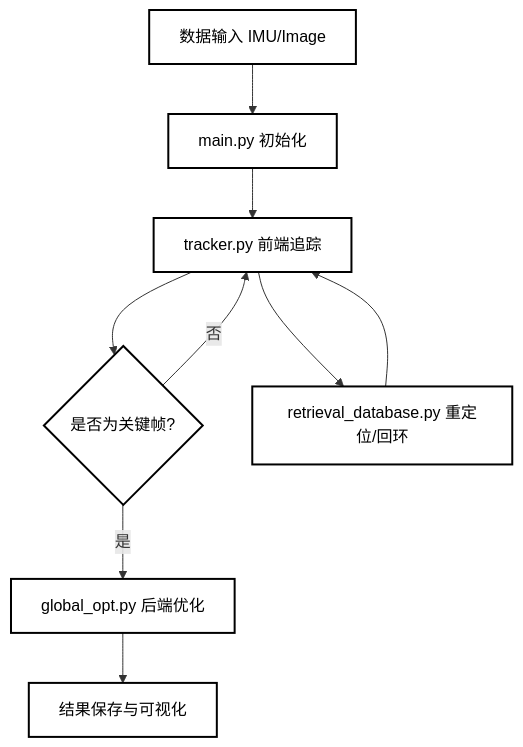
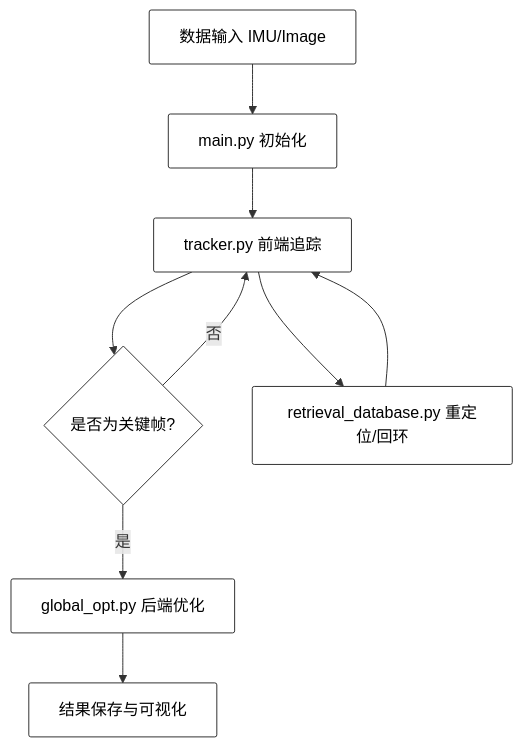
One commit to KwanWaiPang/KwanWaiPang.github.io changed the diagram in _posts/2025-01-24-helloworld.md. Above: the diagram before and after it, drawn with Mermaid. The commit also changed other lines of this file and 1 other file, not shown here.

```diff
--- a/_posts/2025-01-24-helloworld.md
+++ b/_posts/2025-01-24-helloworld.md
@@ -382,17 +382,17 @@
 <div class="mermaid" style="display: flex; justify-content: center; width: 90%; margin: 0 auto;">
 graph TD
-    %% 定义全局样式类：透明背景、黑边、黑字
-    classDef plain fill:none,stroke:#000,stroke-width:2px,color:#000;
+    %% 定义全局样式类
+    classDef default fill:#fff,stroke:#333,stroke-width:1px,color:#000,rx:2,ry:2;
 
     A[数据输入 IMU/Image] --> B[main.py 初始化]
     B --> C[tracker.py 前端追踪]
     C --> D{是否为关键帧?}
     D -- 是 --> E[global_opt.py 后端优化]
     D -- 否 --> C
     E --> F[结果保存与可视化]
     C --> G[retrieval_database.py 重定位/回环]
     G --> C
 
     %% 将样式应用到所有节点
-    class A,B,C,D,E,F,G plain;
+    %% class A,B,C,D,E,F,G plain;
 </div>
```
